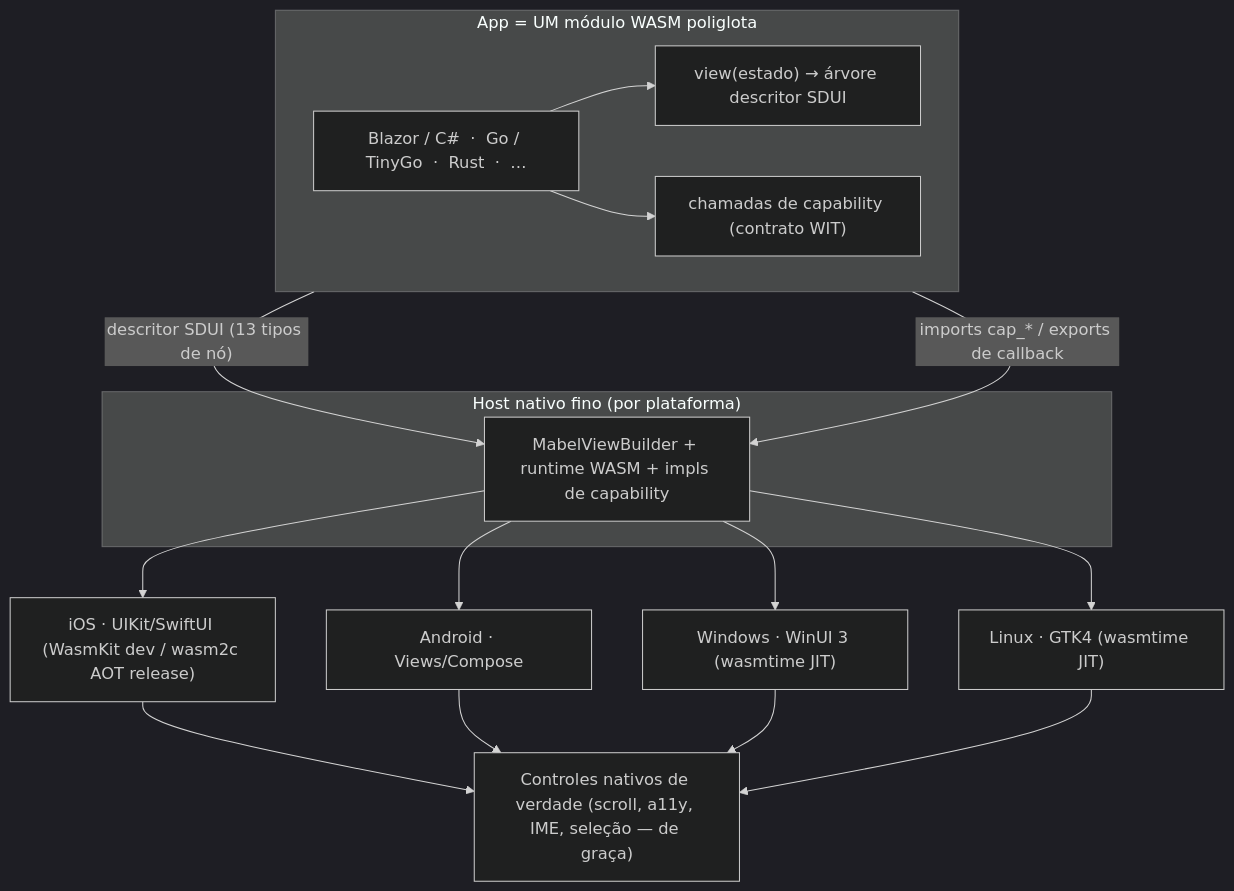
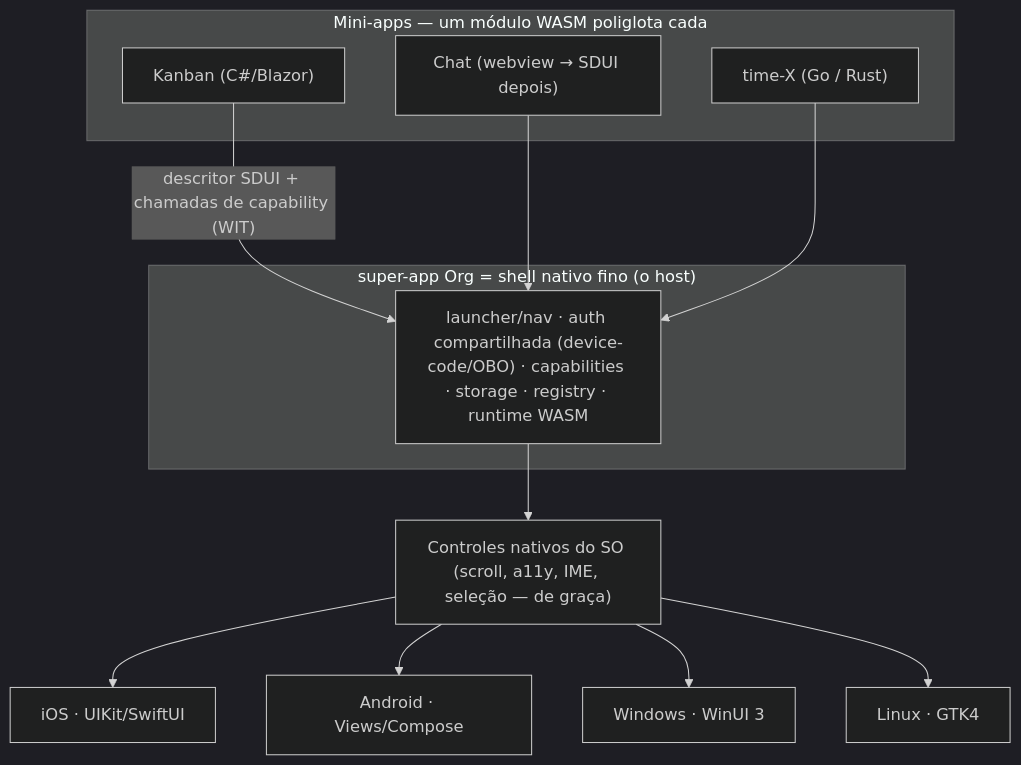
The diagram in README.pt-BR.md (dmarquezbh/mabel-framework), drawn with Mermaid (dark theme) before and after one commit. The commit also changed other lines of this file and 8 other files, not shown here.

First line of the commit message:
docs(arch): reframe as Org super-app platform + OTA + polyglot authoring + status matrix

````diff
--- a/README.pt-BR.md
+++ b/README.pt-BR.md
@@ -27,25 +52,21 @@
 ```mermaid
 flowchart TD
-    subgraph guest["App = UM módulo WASM poliglota"]
-        A["Blazor / C#  ·  Go / TinyGo  ·  Rust  ·  …"]
-        A --> B["view(estado) → árvore descritor SDUI"]
-        A --> C["chamadas de capability (contrato WIT)"]
+    subgraph apps["Mini-apps — um módulo WASM poliglota cada"]
+        M1["Kanban (C#/Blazor)"]
+        M2["Chat (webview → SDUI depois)"]
+        M3["time-X (Go / Rust)"]
+    end
+    M1 -->|"descritor SDUI + chamadas de capability (WIT)"| SHELL
+    M2 --> SHELL
+    M3 --> SHELL
+
+    subgraph shell["super-app Org = shell nativo fino (o host)"]
+        SHELL["launcher/nav · auth compartilhada (device-code/OBO) · capabilities · storage · registry · runtime WASM"]
     end
 
-    guest -->|"descritor SDUI (13 tipos de nó)"| H
-    guest -->|"imports cap_* / exports de callback"| H
-
-    subgraph hosts["Host nativo fino (por plataforma)"]
-        H["MabelViewBuilder + runtime WASM + impls de capability"]
-    end
-
-    H --> iOS["iOS · UIKit/SwiftUI (WasmKit dev / wasm2c AOT release)"]
-    H --> Android["Android · Views/Compose"]
-    H --> Win["Windows · WinUI 3 (wasmtime JIT)"]
-    H --> Linux["Linux · GTK4 (wasmtime JIT)"]
-
-    iOS --> N["Controles nativos de verdade (scroll, a11y, IME, seleção — de graça)"]
-    Android --> N
-    Win --> N
-    Linux --> N
+    SHELL --> R["Controles nativos do SO (scroll, a11y, IME, seleção — de graça)"]
+    R --> P1["iOS · UIKit/SwiftUI"]
+    R --> P2["Android · Views/Compose"]
+    R --> P3["Windows · WinUI 3"]
+    R --> P4["Linux · GTK4"]
 ```
````
